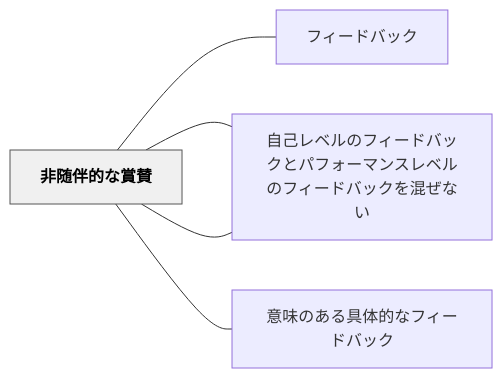
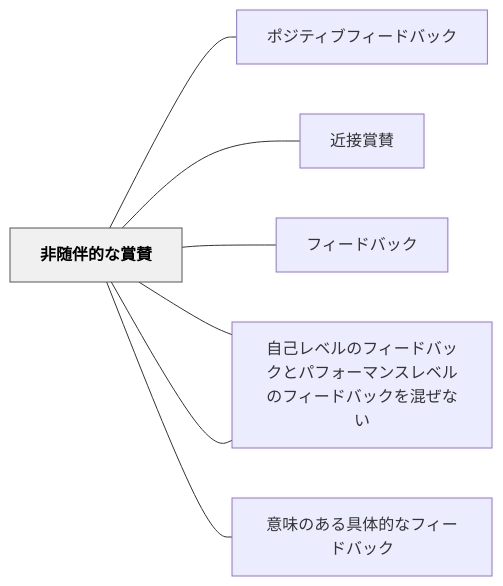
The diagram in content/パタン/非随伴的な賞賛.md (unknownthings-ed-patterns/unknownthings-ed-patterns), drawn with Mermaid before and after one commit. The commit also changed other lines of this file and 473 other files, not shown here.

````diff
--- a/content/パタン/非随伴的な賞賛.md
+++ b/content/パタン/非随伴的な賞賛.md
@@ -52,16 +54,20 @@
 ```mermaid
 flowchart LR
     ne99d9ee99a8f["非随伴的な賞賛"]
+    ne3839de382b8["ポジティブフィードバック"]
+    ne8bf91e68ea5["近接賞賛"]
     ne38395e382a3["フィードバック"]
     ne887aae5b7b1["自己レベルのフィードバック"]
     ne887aae5b7b1["自己レベルのフィードバックとパフォーマンスレベルのフィードバックを混ぜない"]
     ne6848fe591b3["意味のある具体的なフィードバック"]
 
+    ne99d9ee99a8f --- ne3839de382b8
+    ne99d9ee99a8f --- ne8bf91e68ea5
     ne99d9ee99a8f --- ne38395e382a3
     ne99d9ee99a8f --- ne887aae5b7b1
     ne99d9ee99a8f --- ne887aae5b7b1
     ne99d9ee99a8f --- ne6848fe591b3
 
     classDef hub fill:#f0f0f0,stroke:#555,color:#000,font-weight:bold
     class ne99d9ee99a8f hub
 ```
````
